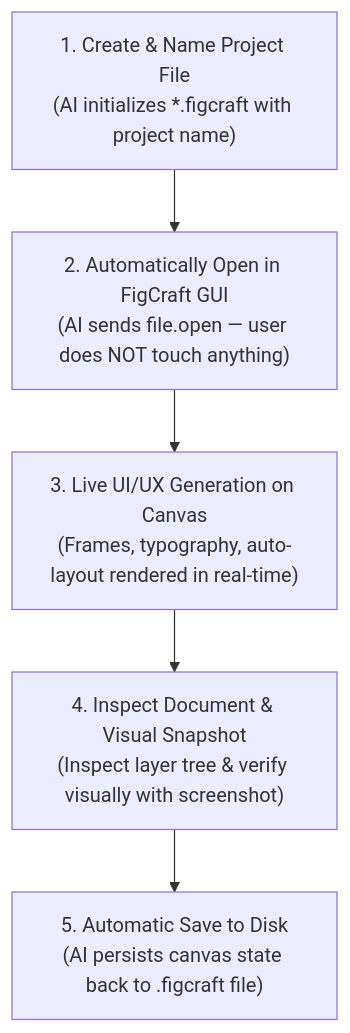
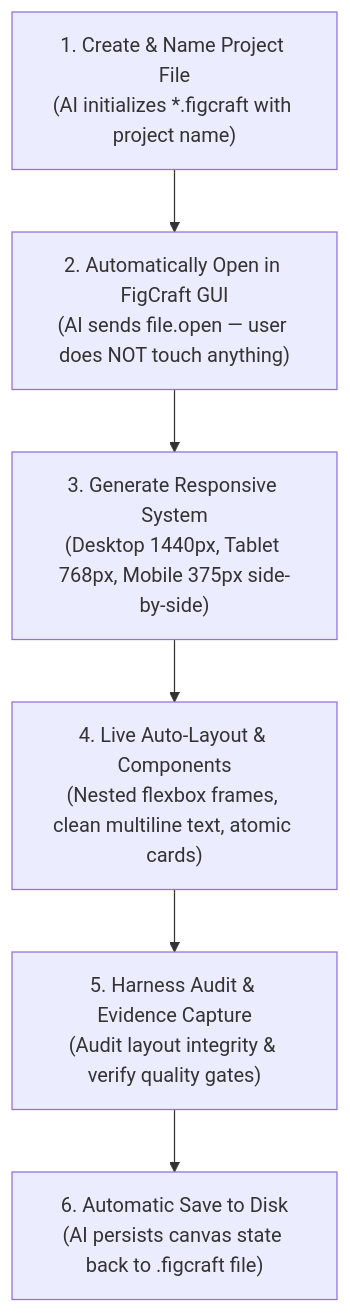
One commit to vickyymosafan/mcp_figcraft changed the diagram in README.md. Above: the diagram before and after it, drawn with Mermaid. The commit also changed other lines of this file and 8 other files, not shown here.

Commit message:
feat: Add Figma-grade Auto-Layout, Responsive Artboard System, and Harness MCP Quality Audit

````diff
--- a/README.md
+++ b/README.md
@@ -18,7 +18,8 @@
 ```mermaid
 flowchart TD
     A["1. Create & Name Project File<br/>(AI initializes *.figcraft with project name)"] --> B["2. Automatically Open in FigCraft GUI<br/>(AI sends file.open — user does NOT touch anything)"]
-    B --> C["3. Live UI/UX Generation on Canvas<br/>(Frames, typography, auto-layout rendered in real-time)"]
-    C --> D["4. Inspect Document & Visual Snapshot<br/>(Inspect layer tree & verify visually with screenshot)"]
-    D --> E["5. Automatic Save to Disk<br/>(AI persists canvas state back to .figcraft file)"]
+    B --> C["3. Generate Responsive System<br/>(Desktop 1440px, Tablet 768px, Mobile 375px side-by-side)"]
+    C --> D["4. Live Auto-Layout & Components<br/>(Nested flexbox frames, clean multiline text, atomic cards)"]
+    D --> E["5. Harness Audit & Evidence Capture<br/>(Audit layout integrity & verify quality gates)"]
+    E --> F["6. Automatic Save to Disk<br/>(AI persists canvas state back to .figcraft file)"]
 ```
````
